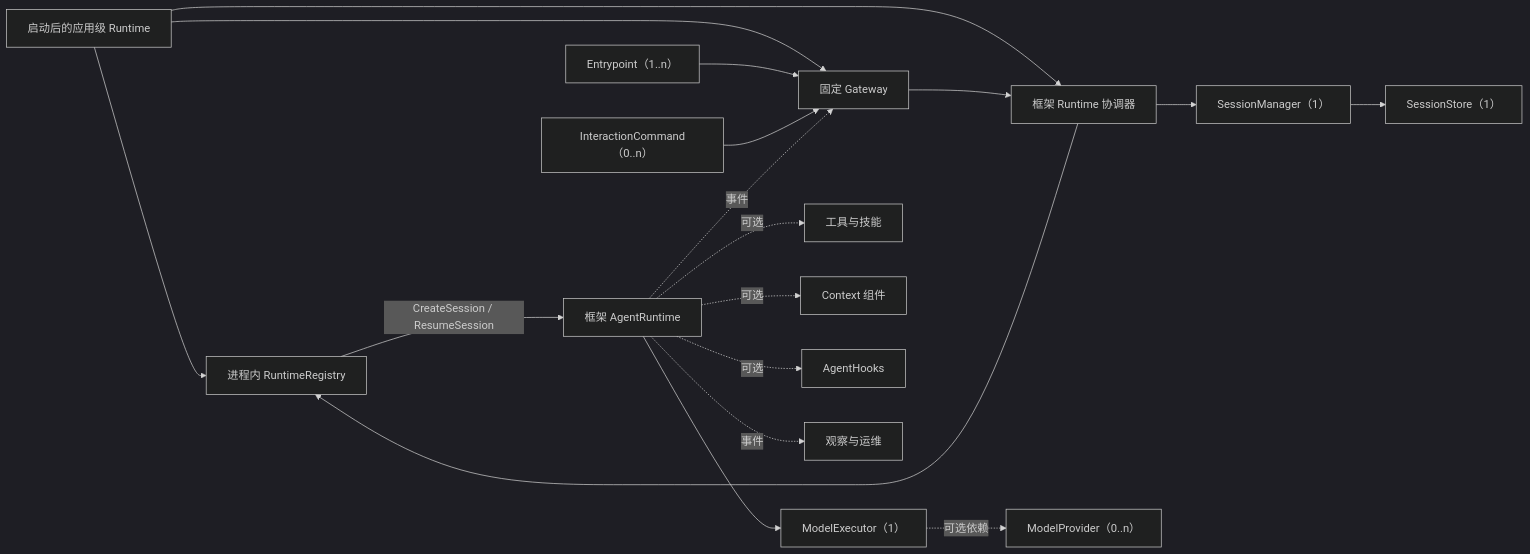
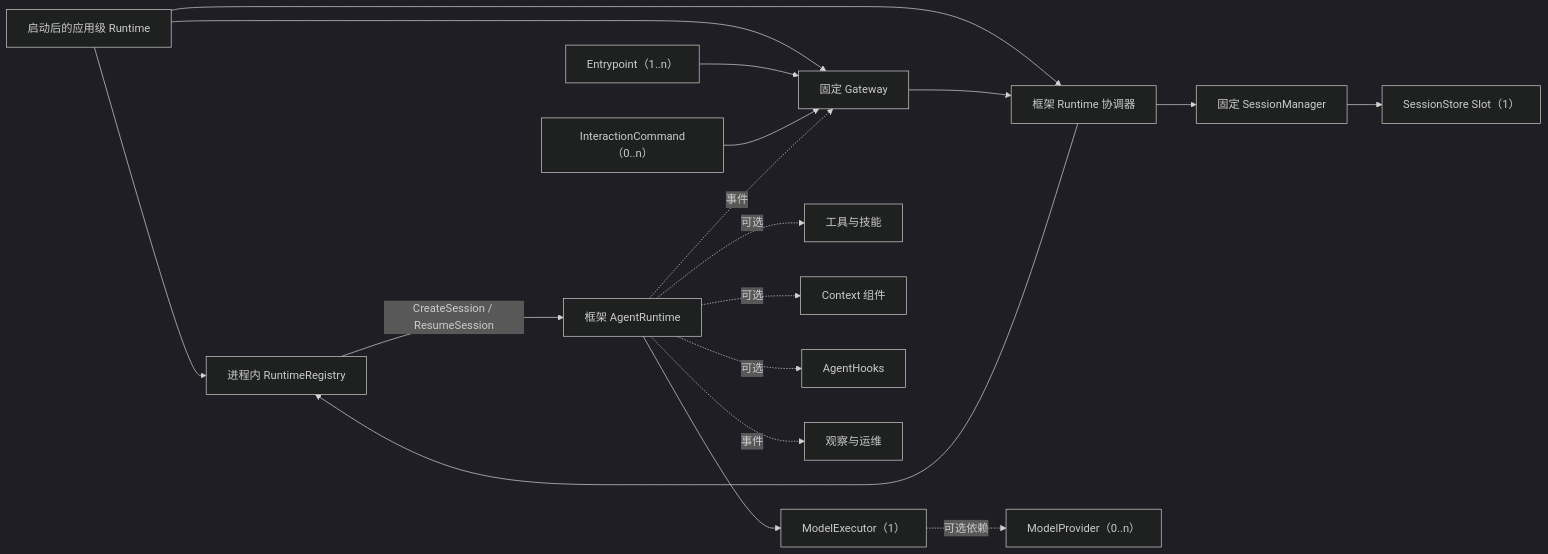
One commit to LyleLiu666/agentSlot changed the diagram in COMPONENT_MAP.zh-CN.md. Above: the diagram before and after it, drawn with Mermaid (dark theme). The commit also changed other lines of this file and 26 other files, not shown here.

Commit message:
refactor: fix session manager and add historical forks

````diff
--- a/COMPONENT_MAP.zh-CN.md
+++ b/COMPONENT_MAP.zh-CN.md
@@ -86,20 +85,20 @@
 ```mermaid
 flowchart LR
     AR["启动后的应用级 Runtime"] --> REG["进程内 RuntimeRegistry"]
     AR --> RC["框架 Runtime 协调器"]
     AR --> G["固定 Gateway"]
     RC --> REG
     E["Entrypoint（1..n）"] --> G
     IC["InteractionCommand（0..n）"] --> G
     G --> RC
-    RC --> SM["SessionManager（1）"]
-    SM --> SS["SessionStore（1）"]
+    RC --> SM["固定 SessionManager"]
+    SM --> SS["SessionStore Slot（1）"]
     REG -->|"CreateSession / ResumeSession"| R["框架 AgentRuntime"]
     R --> ME["ModelExecutor（1）"]
     ME -. "可选依赖" .-> MP["ModelProvider（0..n）"]
     R -. "可选" .-> T["工具与技能"]
     R -. "可选" .-> C["Context 组件"]
     R -. "可选" .-> H["AgentHooks"]
     R -. "事件" .-> G
     R -. "事件" .-> O["观察与运维"]
 ```
````
